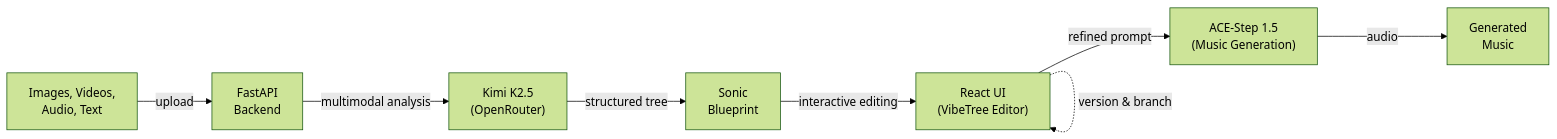
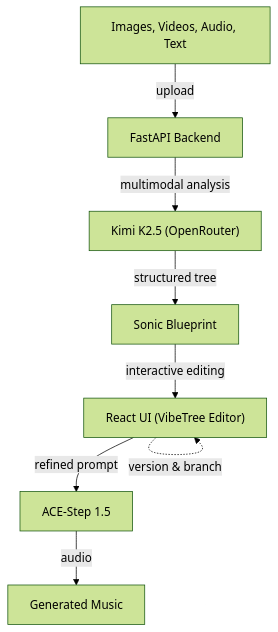
One commit to edavidk7/hacknation26 changed the diagram in README.md. Above: the diagram before and after it, drawn with Mermaid (forest theme). The commit also changed other lines of this file, not shown here.

````diff
--- a/README.md
+++ b/README.md
@@ -19,10 +22,10 @@
 ```mermaid
-flowchart LR
-    A["Images, Videos,\nAudio, Text"] -->|upload| B["FastAPI\nBackend"]
-    B -->|multimodal analysis| C["Kimi K2.5\n(OpenRouter)"]
-    C -->|structured tree| D["Sonic\nBlueprint"]
-    D -->|interactive editing| E["React UI\n(VibeTree Editor)"]
-    E -->|refined prompt| F["ACE-Step 1.5\n(Music Generation)"]
-    F -->|audio| G["Generated\nMusic"]
+flowchart TD
+    A["Images, Videos, Audio, Text"] -->|upload| B["FastAPI Backend"]
+    B -->|multimodal analysis| C["Kimi K2.5 (OpenRouter)"]
+    C -->|structured tree| D["Sonic Blueprint"]
+    D -->|interactive editing| E["React UI (VibeTree Editor)"]
+    E -->|refined prompt| F["ACE-Step 1.5"]
+    F -->|audio| G["Generated Music"]
     E -.->|version & branch| E
 ```
````
